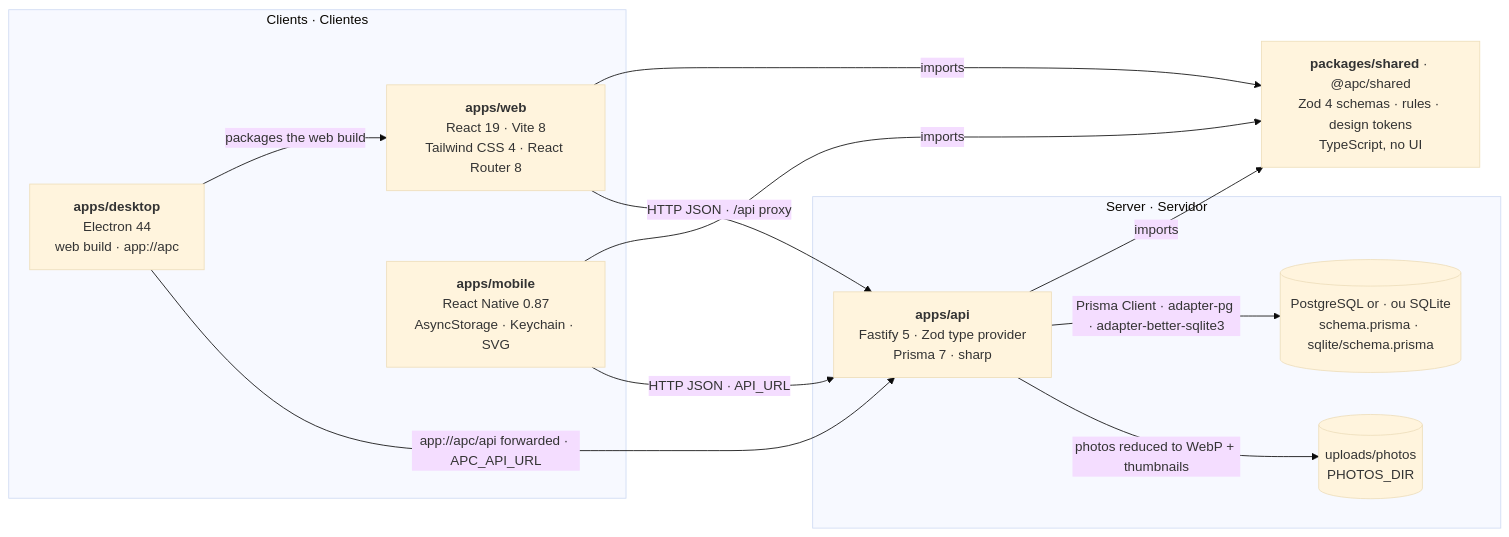
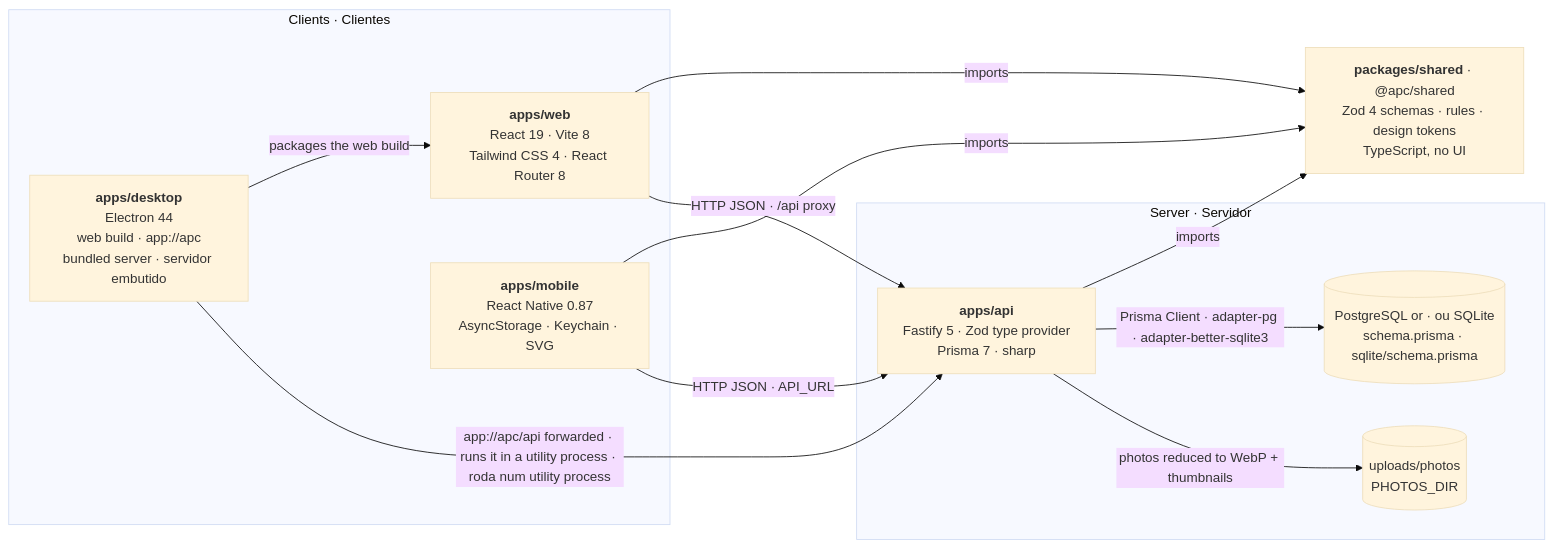
One commit to ChrisCamilo/apc-universal-repair changed the first of 7 diagrams in docs/architecture.md. Above: the diagram before and after it, drawn with Mermaid (base theme). The commit also changed other lines of this file and 2 other files, not shown here.

Commit message:
docs: Describe the server the desktop app ships and the migration runner

````diff
--- a/docs/architecture.md
+++ b/docs/architecture.md
@@ -11,26 +11,26 @@
 ```mermaid
 flowchart LR
     subgraph clients["Clients · Clientes"]
         web["<b>apps/web</b><br/>React 19 · Vite 8<br/>Tailwind CSS 4 · React Router 8"]
         mobile["<b>apps/mobile</b><br/>React Native 0.87<br/>AsyncStorage · Keychain · SVG"]
-        desktop["<b>apps/desktop</b><br/>Electron 44<br/>web build · app://apc"]
+        desktop["<b>apps/desktop</b><br/>Electron 44<br/>web build · app://apc<br/>bundled server · servidor embutido"]
     end
 
     shared["<b>packages/shared</b> · @apc/shared<br/>Zod 4 schemas · rules · design tokens<br/>TypeScript, no UI"]
 
     subgraph server["Server · Servidor"]
         api["<b>apps/api</b><br/>Fastify 5 · Zod type provider<br/>Prisma 7 · sharp"]
         db[("PostgreSQL or · ou SQLite<br/>schema.prisma · sqlite/schema.prisma")]
         files[("uploads/photos<br/>PHOTOS_DIR")]
     end
 
     web -- imports --> shared
     desktop -- "packages the web build" --> web
     mobile -- imports --> shared
     api -- imports --> shared
     web -- "HTTP JSON · /api proxy" --> api
     mobile -- "HTTP JSON · API_URL" --> api
-    desktop -- "app://apc/api forwarded · APC_API_URL" --> api
+    desktop -- "app://apc/api forwarded · runs it in a utility process · roda num utility process" --> api
     api -- "Prisma Client · adapter-pg · adapter-better-sqlite3" --> db
     api -- "photos reduced to WebP + thumbnails" --> files
 ```
````
